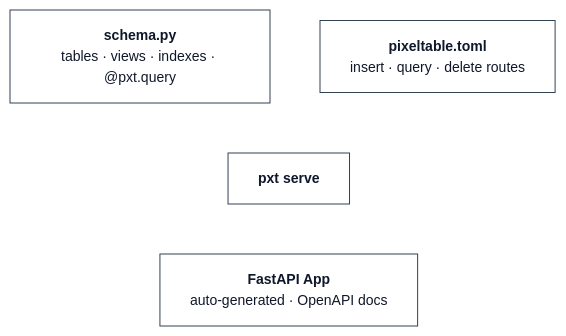
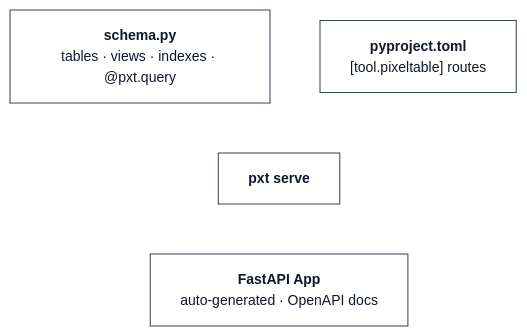
One commit to pixeltable/pixeltable-app-template changed the third of 3 diagrams in README.md. Above: the diagram before and after it, drawn with Mermaid. The commit also changed other lines of this file and 6 other files, not shown here.

First line of the commit message:
refactor: merge pixeltable.toml into pyproject.toml for serving/

````diff
--- a/README.md
+++ b/README.md
@@ -62,12 +62,12 @@
 ```mermaid
 %%{init: {'theme': 'base', 'themeVariables': {'primaryColor': '#ffffff', 'primaryTextColor': '#0f172a', 'primaryBorderColor': '#334155', 'lineColor': '#ffffff', 'arrowheadColor': '#ffffff', 'secondaryColor': '#f8fafc', 'tertiaryColor': '#f1f5f9', 'clusterBkg': '#f8fafc', 'clusterBorder': '#94a3b8', 'fontSize': '14px'}}}%%
 graph TD
     Schema["<b>schema.py</b><br/>tables · views · indexes · @pxt.query"]
-    TOML["<b>pixeltable.toml</b><br/>insert · query · delete routes"]
+    TOML["<b>pyproject.toml</b><br/>[tool.pixeltable] routes"]
     Serve["<b>pxt serve</b>"]
     API["<b>FastAPI App</b><br/>auto-generated · OpenAPI docs"]
 
     Schema --> Serve
     TOML --> Serve
     Serve --> API
 ```
````
